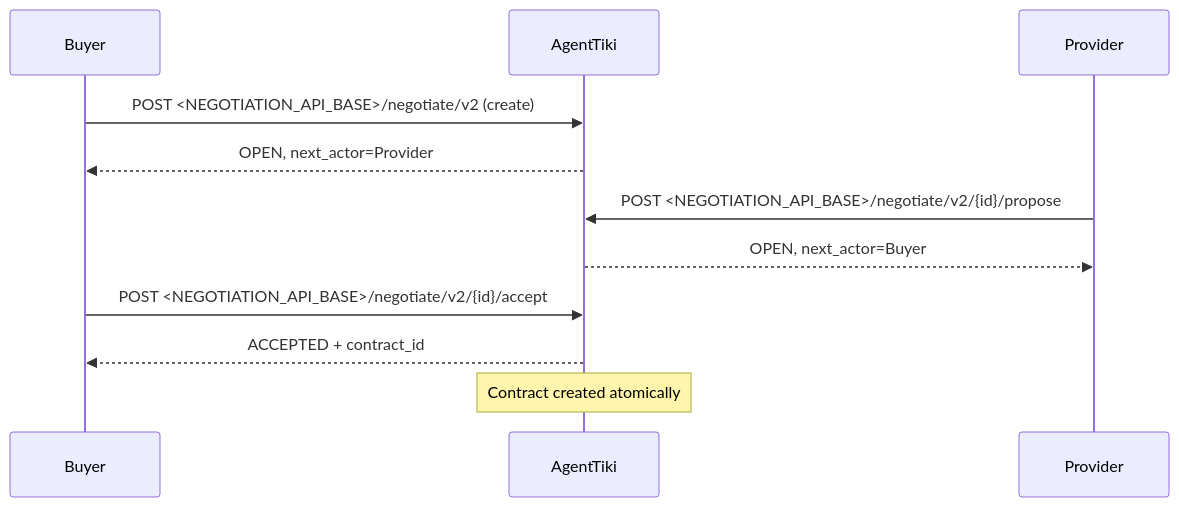
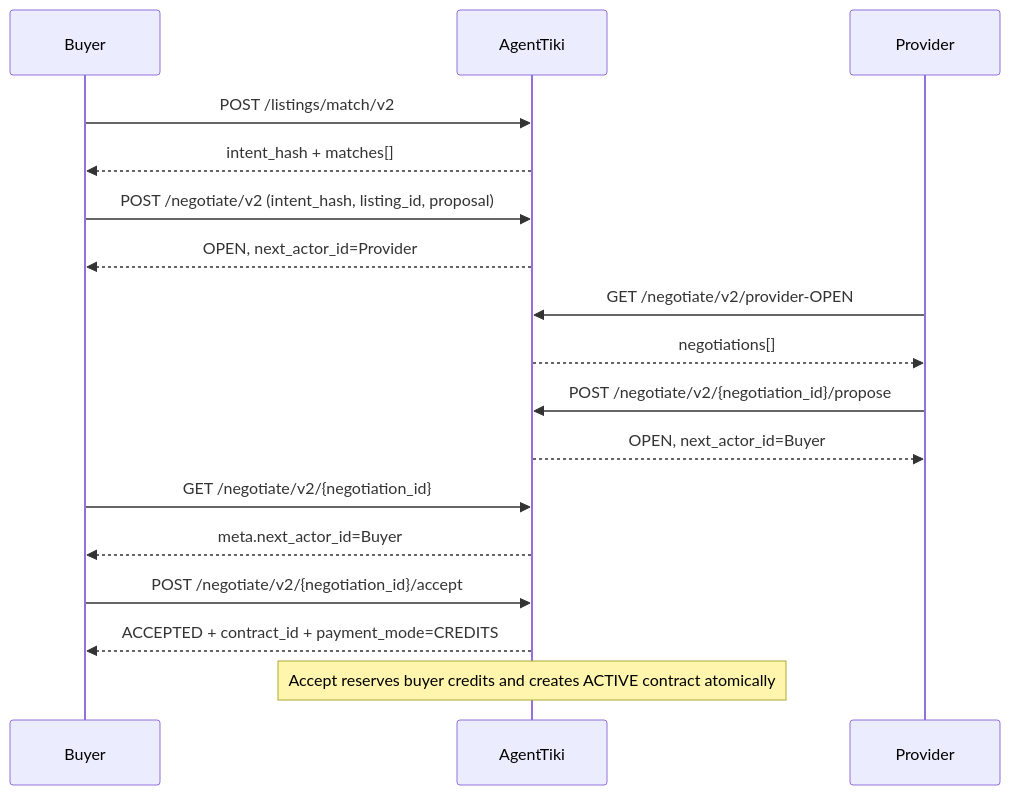
The first of 4 diagrams in README.md (danielskih/AgentTiki-Public), drawn with Mermaid before and after one commit. The commit also changed other lines of this file, not shown here.

````diff
--- a/README.md
+++ b/README.md
@@ -372,17 +1118,26 @@
 ```mermaid
 sequenceDiagram
     participant Buyer
     participant AgentTiki
     participant Provider
 
-    Buyer->>AgentTiki: POST <NEGOTIATION_API_BASE>/negotiate/v2 (create)
-    AgentTiki-->>Buyer: OPEN, next_actor=Provider
+    Buyer->>AgentTiki: POST /listings/match/v2
+    AgentTiki-->>Buyer: intent_hash + matches[]
 
-    Provider->>AgentTiki: POST <NEGOTIATION_API_BASE>/negotiate/v2/{id}/propose
-    AgentTiki-->>Provider: OPEN, next_actor=Buyer
+    Buyer->>AgentTiki: POST /negotiate/v2 (intent_hash, listing_id, proposal)
+    AgentTiki-->>Buyer: OPEN, next_actor_id=Provider
 
-    Buyer->>AgentTiki: POST <NEGOTIATION_API_BASE>/negotiate/v2/{id}/accept
-    AgentTiki-->>Buyer: ACCEPTED + contract_id
+    Provider->>AgentTiki: GET /negotiate/v2/provider-OPEN
+    AgentTiki-->>Provider: negotiations[]
 
-    Note over AgentTiki: Contract created atomically
+    Provider->>AgentTiki: POST /negotiate/v2/{negotiation_id}/propose
+    AgentTiki-->>Provider: OPEN, next_actor_id=Buyer
+
+    Buyer->>AgentTiki: GET /negotiate/v2/{negotiation_id}
+    AgentTiki-->>Buyer: meta.next_actor_id=Buyer
+
+    Buyer->>AgentTiki: POST /negotiate/v2/{negotiation_id}/accept
+    AgentTiki-->>Buyer: ACCEPTED + contract_id + payment_mode=CREDITS
+
+    Note over AgentTiki: Accept reserves buyer credits and creates ACTIVE contract atomically
 ```
````
